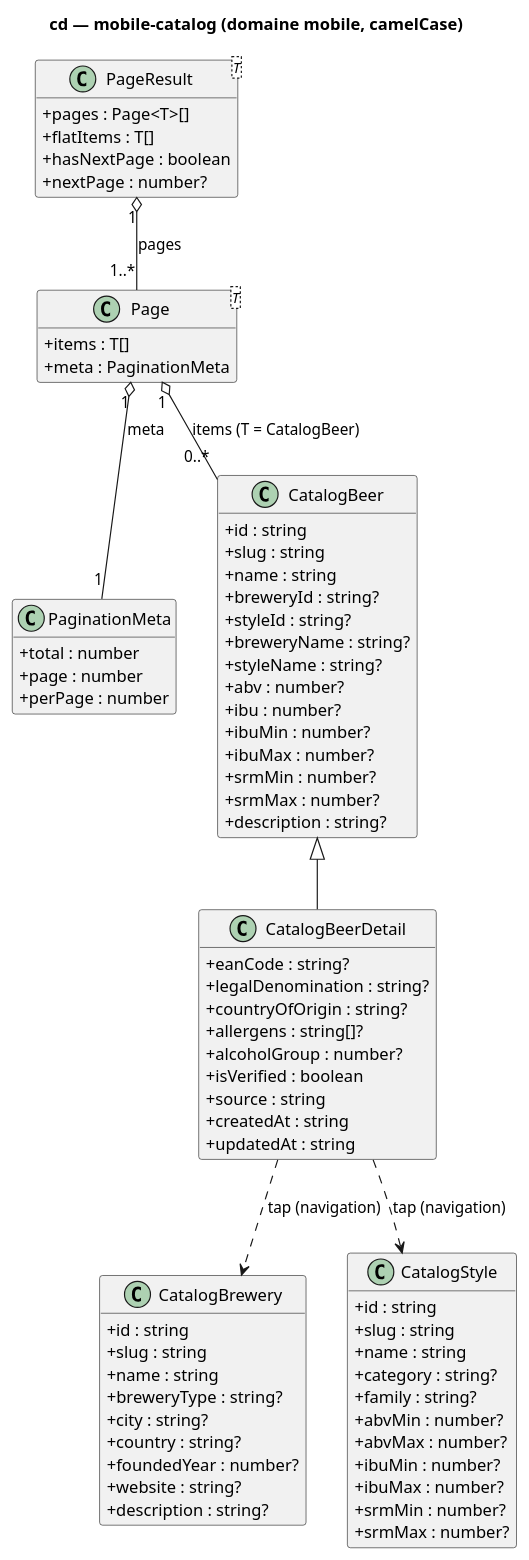
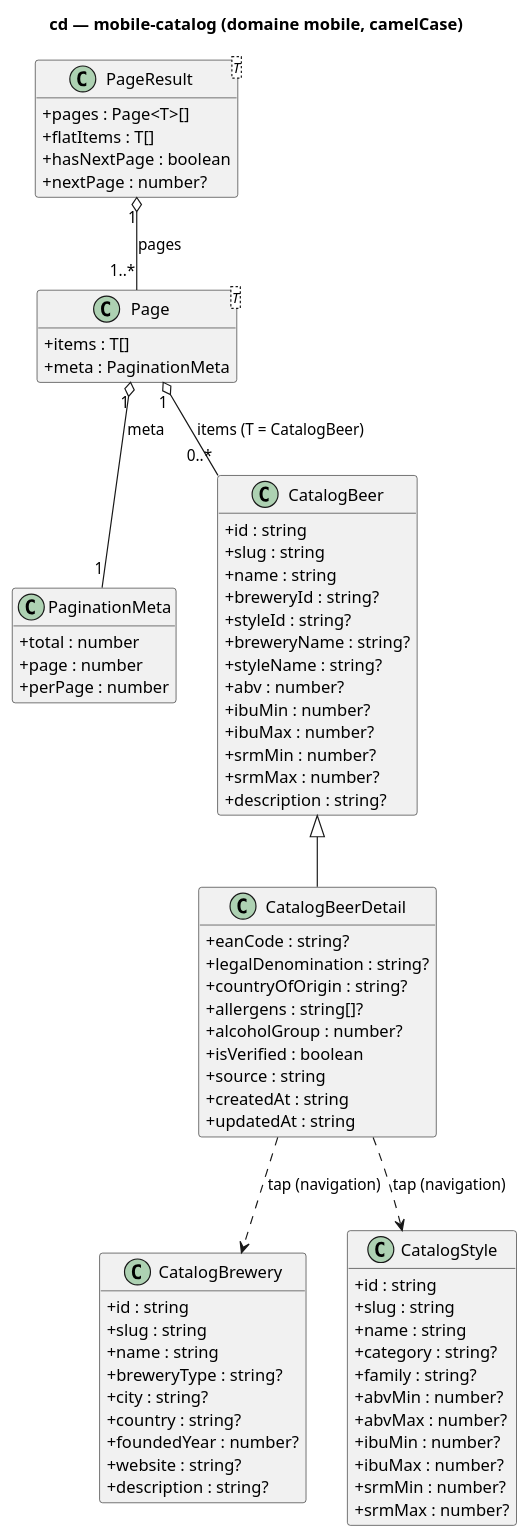
One commit to benoit-bremaud/brasse-bouillon changed the second of 2 diagrams in docs/architecture/diagrams/mobile-catalog/09-class-domain.md. Above: the diagram before and after it, drawn with PlantUML. The commit also changed other lines of this file and 6 other files, not shown here.

````diff
--- a/docs/architecture/diagrams/mobile-catalog/09-class-domain.md
+++ b/docs/architecture/diagrams/mobile-catalog/09-class-domain.md
@@ -103,82 +102,81 @@
 ```plantuml
 @startuml
 title cd — mobile-catalog (domaine mobile, camelCase)
 skinparam classAttributeIconSize 0
 skinparam shadowing false
 hide methods
 
 class PaginationMeta {
   +total : number
   +page : number
   +perPage : number
 }
 class "Page<T>" as Page {
   +items : T[]
   +meta : PaginationMeta
 }
 class "PageResult<T>" as PageResult {
   +pages : Page<T>[]
   +flatItems : T[]
   +hasNextPage : boolean
   +nextPage : number?
 }
 class CatalogBeer {
   +id : string
   +slug : string
   +name : string
   +breweryId : string?
   +styleId : string?
   +breweryName : string?
   +styleName : string?
   +abv : number?
-  +ibu : number?
   +ibuMin : number?
   +ibuMax : number?
   +srmMin : number?
   +srmMax : number?
   +description : string?
 }
 class CatalogBeerDetail {
   +eanCode : string?
   +legalDenomination : string?
   +countryOfOrigin : string?
   +allergens : string[]?
   +alcoholGroup : number?
   +isVerified : boolean
   +source : string
   +createdAt : string
   +updatedAt : string
 }
 class CatalogBrewery {
   +id : string
   +slug : string
   +name : string
   +breweryType : string?
   +city : string?
   +country : string?
   +foundedYear : number?
   +website : string?
   +description : string?
 }
 class CatalogStyle {
   +id : string
   +slug : string
   +name : string
   +category : string?
   +family : string?
   +abvMin : number?
   +abvMax : number?
   +ibuMin : number?
   +ibuMax : number?
   +srmMin : number?
   +srmMax : number?
 }
 
 CatalogBeer <|-- CatalogBeerDetail
 Page "1" o-- "1" PaginationMeta : meta
 Page "1" o-- "0..*" CatalogBeer : items (T = CatalogBeer)
 PageResult "1" o-- "1..*" Page : pages
 CatalogBeerDetail ..> CatalogBrewery : tap (navigation)
 CatalogBeerDetail ..> CatalogStyle : tap (navigation)
 @enduml
 ```
````
